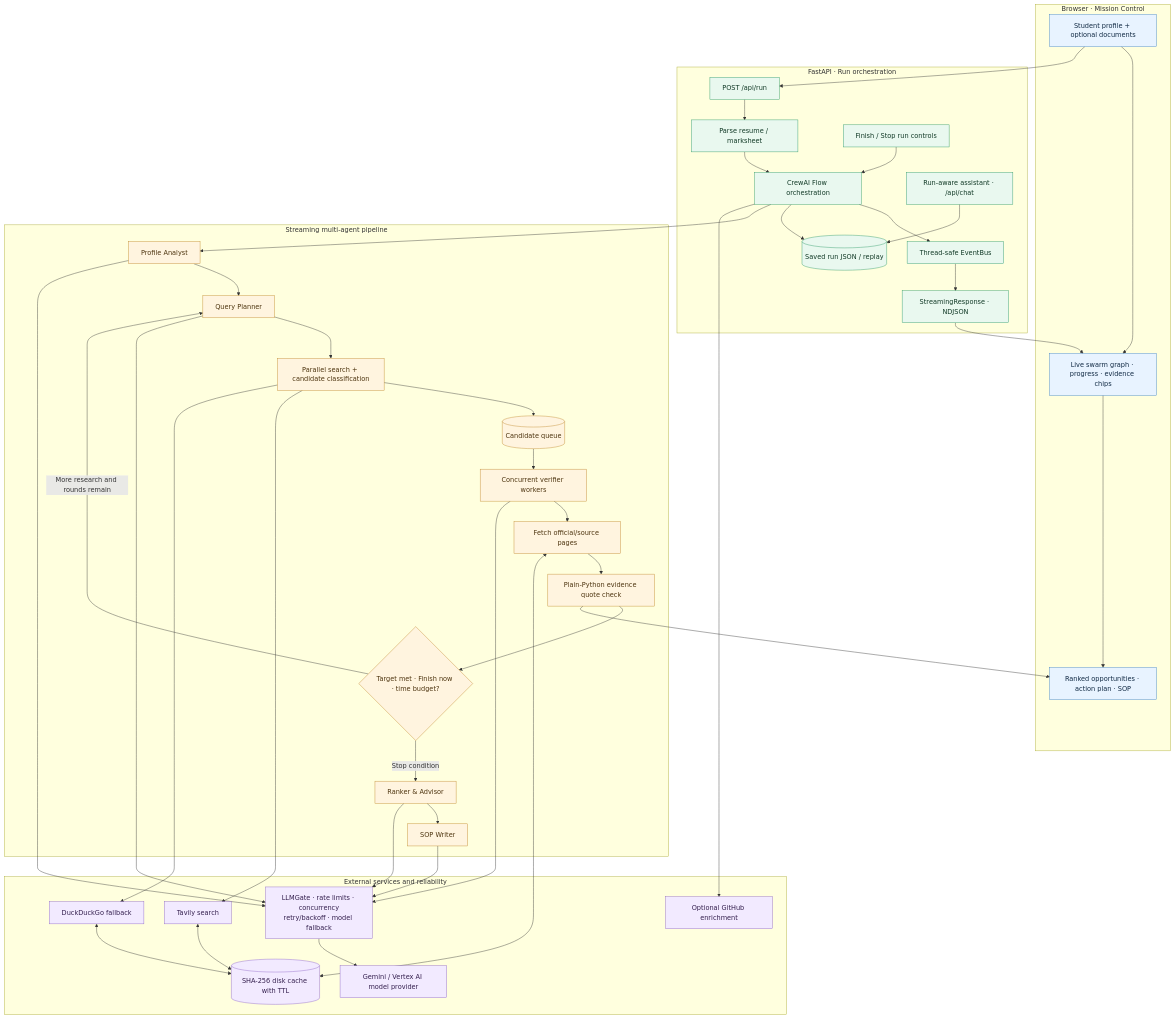
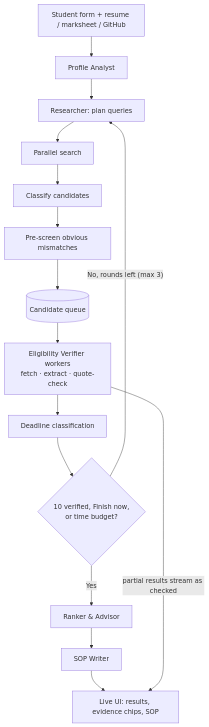
Before and after one commit to Svamsi2006/scholarship: the diagram in README.md, drawn with Mermaid. The commit also changed other lines of this file, not shown here.

````diff
--- a/README.md
+++ b/README.md
@@ -13,77 +43,21 @@
 ```mermaid
-flowchart TB
-  subgraph UI["Browser · Mission Control"]
-    FORM["Student profile + optional documents"]
-    VIEW["Live swarm graph · progress · evidence chips"]
-    RESULTS["Ranked opportunities · action plan · SOP"]
-    FORM --> VIEW --> RESULTS
-  end
+flowchart TD
+  INPUT["Student form + resume / marksheet / GitHub"]
+  PROFILE["Profile Analyst"]
+  PLAN["Researcher: plan queries"]
+  SEARCH["Parallel search"]
+  CLASSIFY["Classify candidates"]
+  PRE["Pre-screen obvious mismatches"]
+  QUEUE[("Candidate queue")]
+  VERIFY["Eligibility Verifier workers<br/>fetch · extract · quote-check"]
+  DEADLINE["Deadline classification"]
+  ROUTER{"10 verified, Finish now,<br/>or time budget?"}
+  RANK["Ranker & Advisor"]
+  SOP["SOP Writer"]
+  UI["Live UI: results, evidence chips, SOP"]
 
-  subgraph API["FastAPI · Run orchestration"]
-    ENDPOINT["POST /api/run"]
-    PARSE["Parse resume / marksheet"]
-    FLOW["CrewAI Flow orchestration"]
-    BUS["Thread-safe EventBus"]
-    STREAM["StreamingResponse · NDJSON"]
-    CTRL["Finish / Stop run controls"]
-    CHAT["Run-aware assistant · /api/chat"]
-    SAVED[("Saved run JSON / replay")]
-    ENDPOINT --> PARSE --> FLOW
-    FLOW --> BUS --> STREAM
-    FLOW --> SAVED
-    CHAT --> SAVED
-  end
-
-  subgraph AGENTS["Streaming multi-agent pipeline"]
-    PROFILE["Profile Analyst"]
-    PLAN["Query Planner"]
-    SEARCH["Parallel search + candidate classification"]
-    QUEUE[("Candidate queue")]
-    VERIFIERS["Concurrent verifier workers"]
-    FETCH["Fetch official/source pages"]
-    EVIDENCE["Plain-Python evidence quote check"]
-    ROUTER{"Target met · Finish now · time budget?"}
-    RANK["Ranker & Advisor"]
-    SOP["SOP Writer"]
-    PROFILE --> PLAN --> SEARCH --> QUEUE --> VERIFIERS
-    VERIFIERS --> FETCH --> EVIDENCE --> ROUTER
-    ROUTER -->|More research and rounds remain| PLAN
-    ROUTER -->|Stop condition| RANK --> SOP
-  end
-
-  subgraph SERVICES["External services and reliability"]
-    TAVILY["Tavily search"]
-    DDG["DuckDuckGo fallback"]
-    GITHUB["Optional GitHub enrichment"]
-    CACHE[("SHA-256 disk cache with TTL")]
-    GATE["LLMGate · rate limits · concurrency<br/>retry/backoff · model fallback"]
-    MODEL["Gemini / Vertex AI model provider"]
-    TAVILY <--> CACHE
-    DDG <--> CACHE
-    FETCH <--> CACHE
-    GATE --> MODEL
-  end
-
-  FORM --> ENDPOINT
-  STREAM --> VIEW
-  CTRL --> FLOW
-  FLOW --> PROFILE
-  FLOW --> GITHUB
-  SEARCH --> TAVILY
-  SEARCH --> DDG
-  VERIFIERS --> GATE
-  PROFILE --> GATE
-  PLAN --> GATE
-  RANK --> GATE
-  SOP --> GATE
-  EVIDENCE --> RESULTS
-
-  classDef front fill:#e8f3ff,stroke:#377cc8,color:#122b45;
-  classDef core fill:#e9f8ef,stroke:#299764,color:#123a27;
-  classDef work fill:#fff4df,stroke:#bf8628,color:#4e3510;
-  classDef ext fill:#f2eaff,stroke:#8b62c5,color:#35204f;
-  class FORM,VIEW,RESULTS front;
-  class ENDPOINT,PARSE,FLOW,BUS,STREAM,CTRL,CHAT,SAVED core;
-  class PROFILE,PLAN,SEARCH,QUEUE,VERIFIERS,FETCH,EVIDENCE,ROUTER,RANK,SOP work;
-  class TAVILY,DDG,GITHUB,CACHE,GATE,MODEL ext;
+  INPUT --> PROFILE --> PLAN --> SEARCH --> CLASSIFY --> PRE --> QUEUE --> VERIFY --> DEADLINE --> ROUTER
+  ROUTER -->|Yes| RANK --> SOP --> UI
+  ROUTER -->|"No, rounds left (max 3)"| PLAN
+  VERIFY -->|"partial results stream as checked"| UI
 ```
````
